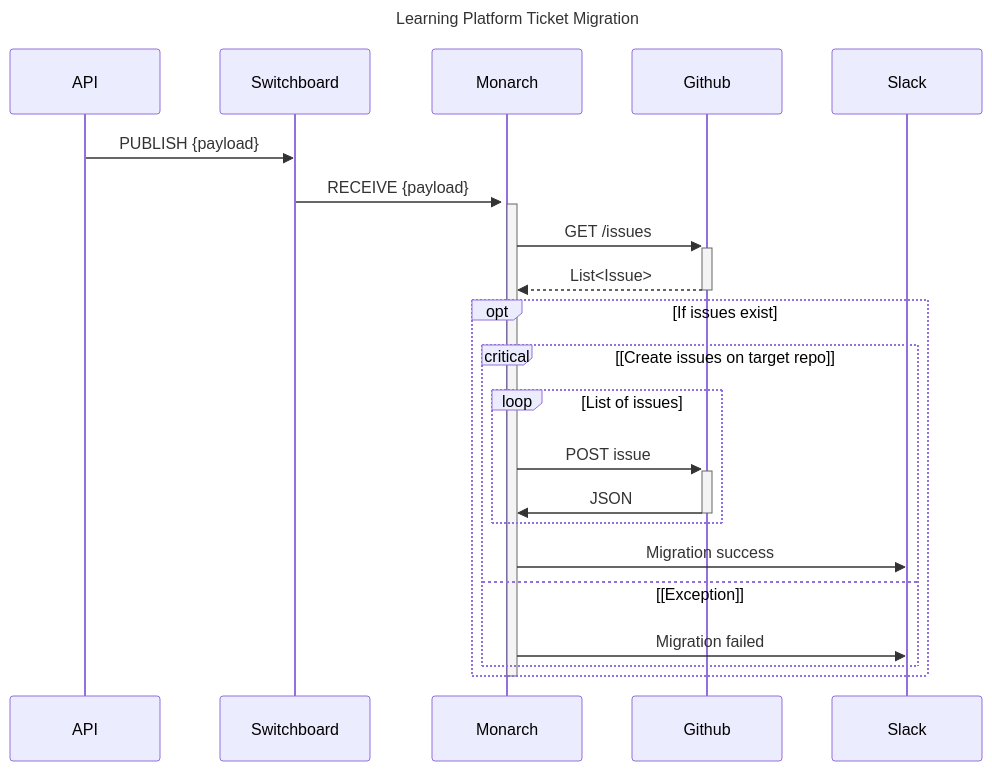
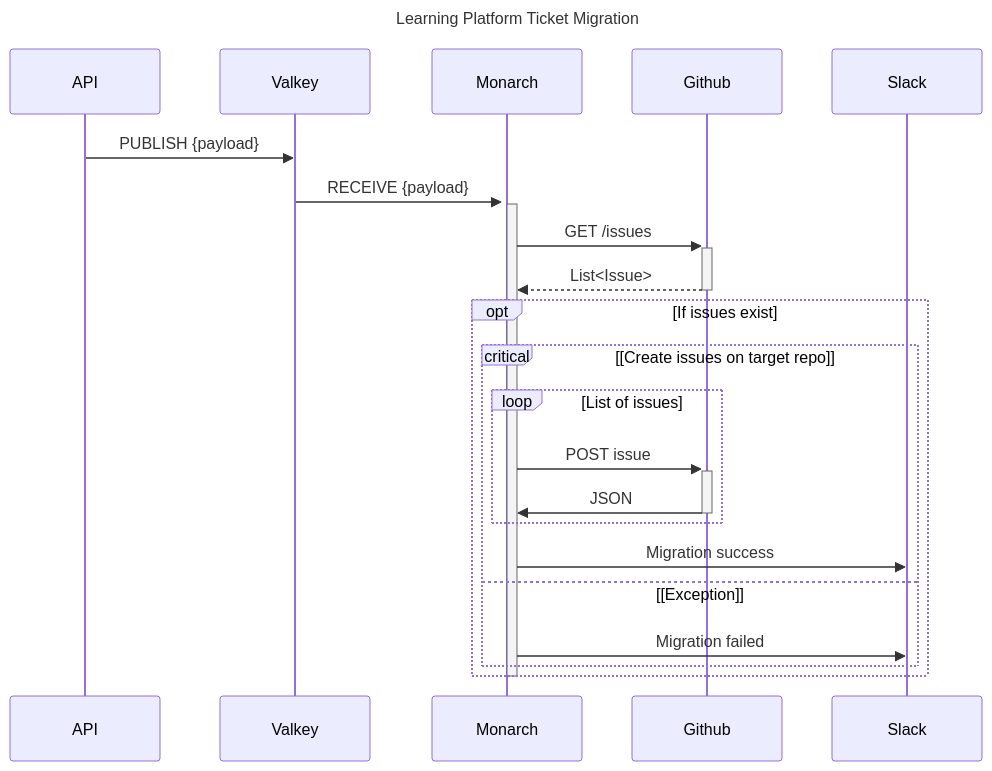
Before and after one commit to NSS-Workshops/service-monarch: the diagram in README.md, drawn with Mermaid.

Commit message:
Change "switchboard" to "Valkey"

````diff
--- a/README.md
+++ b/README.md
@@ -50,22 +50,22 @@
 ```mermaid
 sequenceDiagram
     title Learning Platform Ticket Migration
 
-    API->>Switchboard: PUBLISH {payload}
-    Switchboard->>+Monarch: RECEIVE {payload}
+    API->>Valkey: PUBLISH {payload}
+    Valkey->>+Monarch: RECEIVE {payload}
     activate Monarch
         Monarch->>+Github: GET /issues
         Github-->>-Monarch: List<Issue>
         opt If issues exist
             critical [Create issues on target repo]
             loop List of issues
                 Monarch->>+Github: POST issue
                 Github->>-Monarch: JSON
             end
             Monarch->>Slack: Migration success
             option [Exception]
                 Monarch->>Slack: Migration failed
             end
         end
     deactivate Monarch
 ```
````
